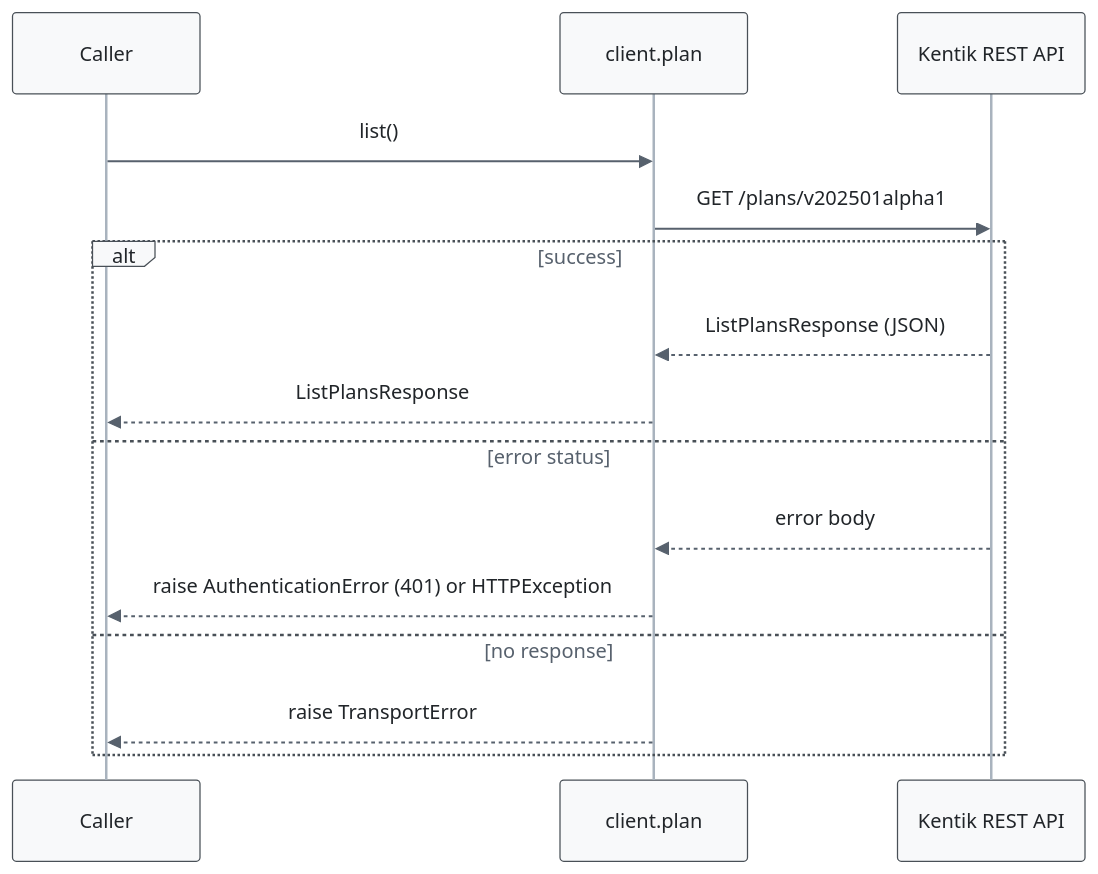
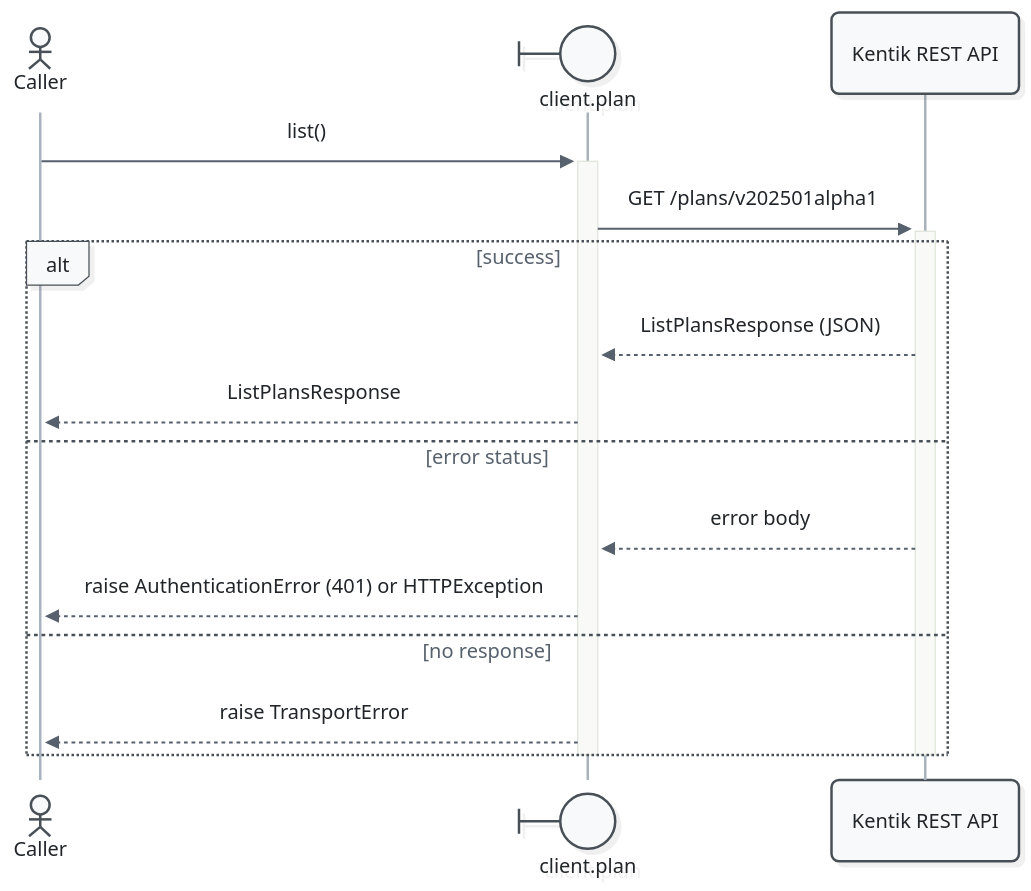
One commit to alexdearaujo/community_sdk_python changed the first of 3 diagrams in docs/sphinx/services/plan.md. Above: the diagram before and after it, drawn with Mermaid. The commit also changed other lines of this file and 52 other files, not shown here.

First line of the commit message:
docs: Mermaid 12 sequence diagrams with participant types and path colors

````diff
--- a/docs/sphinx/services/plan.md
+++ b/docs/sphinx/services/plan.md
@@ -33,19 +33,21 @@
 ```mermaid
-%%{init: {"theme": "base", "fontFamily": "ui-monospace, SFMono-Regular, Menlo, monospace", "themeVariables": {"fontFamily": "ui-monospace, SFMono-Regular, Menlo, monospace", "primaryColor": "#f8f9fa", "primaryBorderColor": "#495057", "primaryTextColor": "#212529", "textColor": "#212529", "lineColor": "#77818c", "edgeLabelBackground": "#ffffff", "actorBkg": "#f8f9fa", "actorBorder": "#495057", "actorTextColor": "#212529", "actorLineColor": "#a9b3be", "signalColor": "#57616d", "signalTextColor": "#212529", "labelBoxBkgColor": "#f8f9fa", "labelBoxBorderColor": "#495057", "labelTextColor": "#212529", "loopTextColor": "#57616d", "noteBkgColor": "#fff9db", "noteBorderColor": "#f08c00", "noteTextColor": "#a35a00"}, "flowchart": {"curve": "step", "nodeSpacing": 30, "rankSpacing": 70, "wrappingWidth": 400}}}%%
+%%{init: {"theme": "redux", "look": "neo", "layout": "dagre", "fontFamily": "ui-monospace, SFMono-Regular, Menlo, monospace", "themeVariables": {"fontFamily": "ui-monospace, SFMono-Regular, Menlo, monospace", "primaryColor": "#f8f9fa", "primaryBorderColor": "#495057", "primaryTextColor": "#212529", "textColor": "#212529", "lineColor": "#77818c", "edgeLabelBackground": "#ffffff", "actorBkg": "#f8f9fa", "actorBorder": "#495057", "actorTextColor": "#212529", "actorLineColor": "#a9b3be", "signalColor": "#57616d", "signalTextColor": "#212529", "labelBoxBkgColor": "#f8f9fa", "labelBoxBorderColor": "#495057", "labelTextColor": "#212529", "loopTextColor": "#57616d", "noteBkgColor": "#fff9db", "noteBorderColor": "#f08c00", "noteTextColor": "#a35a00"}, "sequence": {"activationWidth": 16}, "flowchart": {"curve": "step", "nodeSpacing": 30, "rankSpacing": 70, "wrappingWidth": 400}}}%%
 sequenceDiagram
-    participant C as Caller
-    participant W as client.plan
+    actor C as Caller
+    participant W@{ "type": "boundary" } as client.plan
     participant API as Kentik REST API
 
-    C->>W: list()
-    W->>API: GET /plans/v202501alpha1
+    C->>+W: list()
+    W->>+API: GET /plans/v202501alpha1
     alt success
         API-->>W: ListPlansResponse (JSON)
         W-->>C: ListPlansResponse
     else error status
         API-->>W: error body
         W-->>C: raise AuthenticationError (401) or HTTPException
     else no response
         W-->>C: raise TransportError
     end
+    deactivate API
+    deactivate W
 ```
````
